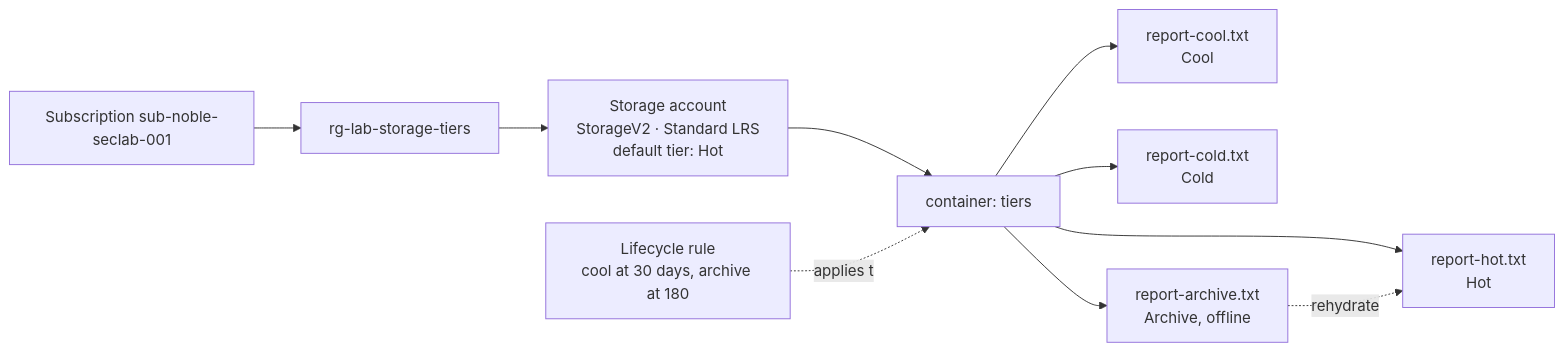
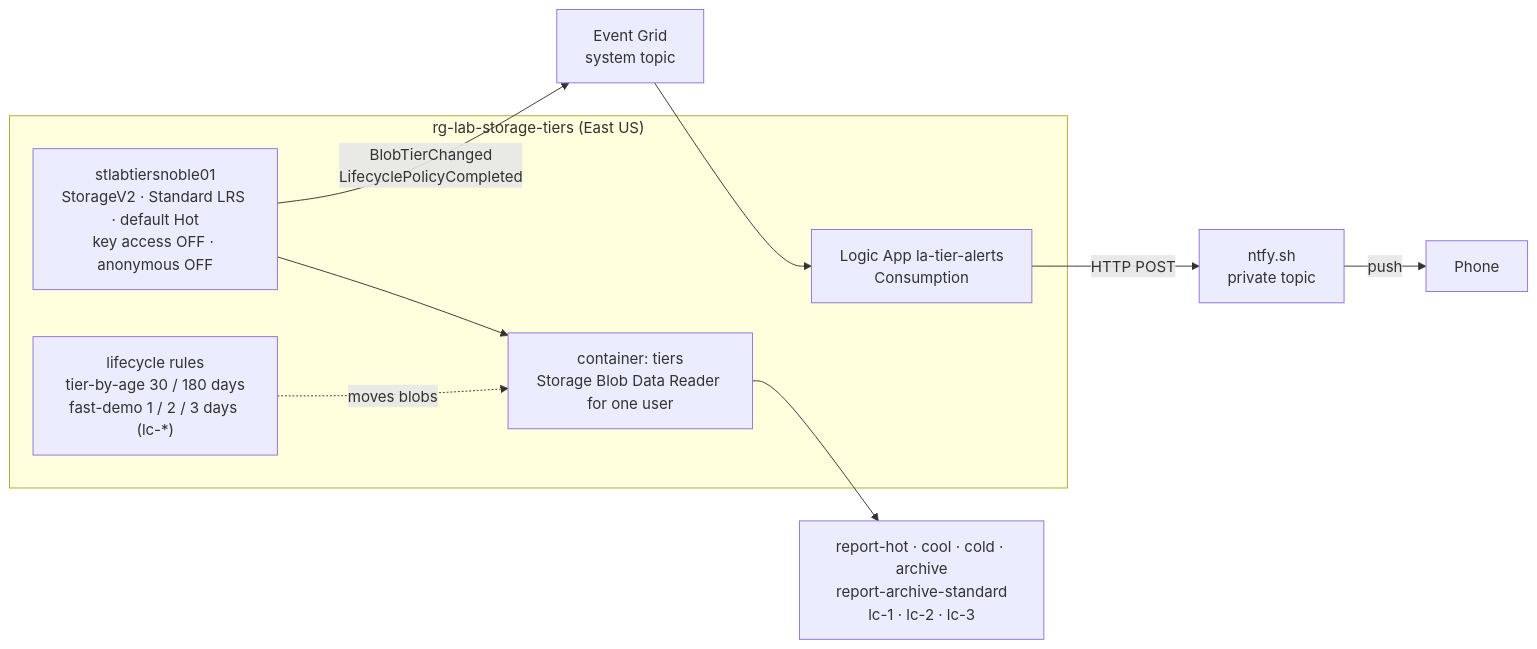
Before and after one commit to noble-antwi/azure-labs: the diagram in 02-storage-tiers/README.md, drawn with Mermaid. The commit also changed other lines of this file and 3 other files, not shown here.

Commit message:
Lab 02: animated tier-flow diagram, architecture, findings, waiting list

````diff
--- a/02-storage-tiers/README.md
+++ b/02-storage-tiers/README.md
@@ -54,12 +65,16 @@
 ```mermaid
 graph LR
-  SUB[Subscription sub-noble-seclab-001] --> RG[rg-lab-storage-tiers]
-  RG --> SA["Storage account<br/>StorageV2 · Standard LRS<br/>default tier: Hot"]
-  SA --> C[container: tiers]
-  C --> H[report-hot.txt<br/>Hot]
-  C --> CO[report-cool.txt<br/>Cool]
-  C --> CD[report-cold.txt<br/>Cold]
-  C --> A[report-archive.txt<br/>Archive, offline]
-  A -. rehydrate .-> H
-  LM["Lifecycle rule<br/>cool at 30 days, archive at 180"] -.applies to.-> C
+  subgraph RG["rg-lab-storage-tiers (East US)"]
+    SA["stlabtiersnoble01<br/>StorageV2 · Standard LRS · default Hot<br/>key access OFF · anonymous OFF"]
+    C["container: tiers<br/>Storage Blob Data Reader for one user"]
+    LM["lifecycle rules<br/>tier-by-age 30 / 180 days<br/>fast-demo 1 / 2 / 3 days (lc-*)"]
+    LA["Logic App la-tier-alerts<br/>Consumption"]
+  end
+  SA --> C
+  C --> F["report-hot · cool · cold · archive<br/>report-archive-standard<br/>lc-1 · lc-2 · lc-3"]
+  LM -. moves blobs .-> C
+  SA -- BlobTierChanged<br/>LifecyclePolicyCompleted --> EG["Event Grid<br/>system topic"]
+  EG --> LA
+  LA -- HTTP POST --> N["ntfy.sh<br/>private topic"]
+  N -- push --> P["Phone"]
 ```
````
